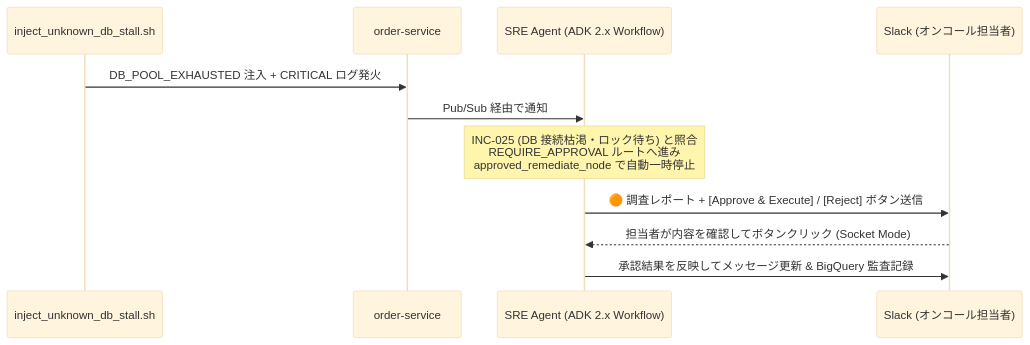
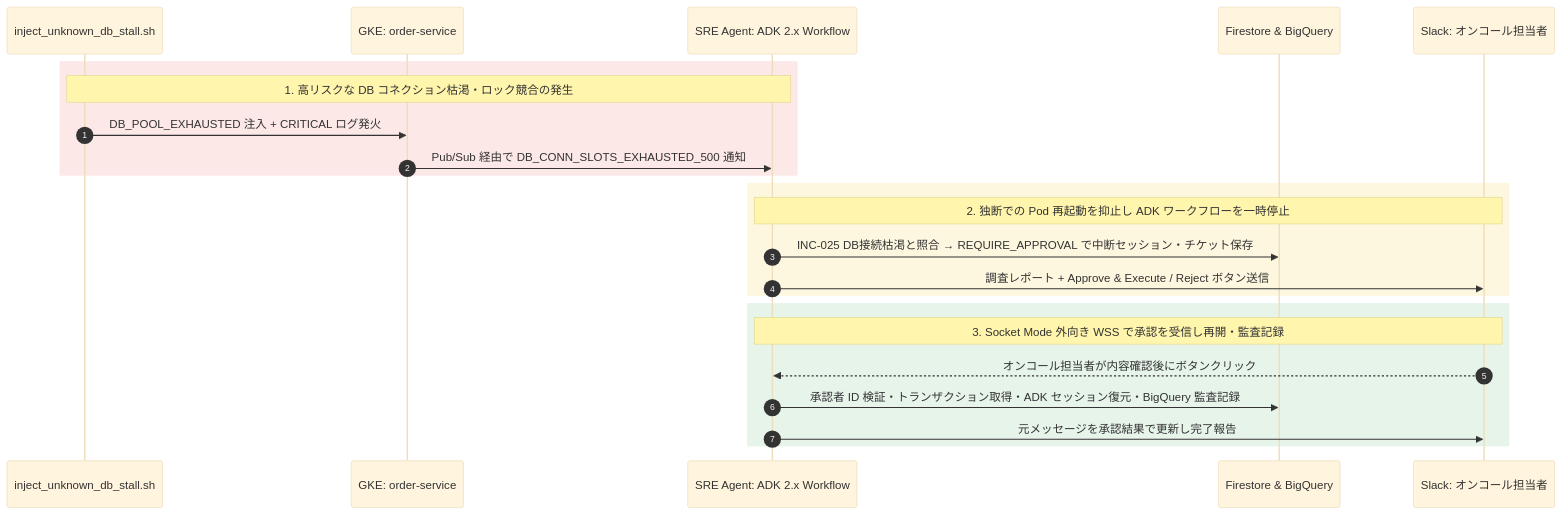
Before and after one commit to tyorikan/agentic-sre-handson: the fourth of 4 diagrams in docs/05-deploy-cloud-run-instance-and-drills.md, drawn with Mermaid (base theme). The commit also changed other lines of this file and 26 other files, not shown here.

Commit message:
docs: プロダクトアイコン付き構成図・シーケンス図 PNG (全19図) の追加と折りたたみ Mermaid 定義の精緻化

````diff
--- a/docs/05-deploy-cloud-run-instance-and-drills.md
+++ b/docs/05-deploy-cloud-run-instance-and-drills.md
@@ -190,14 +252,28 @@
 ```mermaid
 sequenceDiagram
+    autonumber
     participant Script as inject_unknown_db_stall.sh
-    participant GKE as order-service
-    participant Agent as SRE Agent (ADK 2.x Workflow)
-    participant Slack as Slack (オンコール担当者)
+    participant GKE as GKE: order-service
+    participant Agent as SRE Agent: ADK 2.x Workflow
+    participant FS as Firestore & BigQuery
+    participant Slack as Slack: オンコール担当者
 
-    Script->>GKE: DB_POOL_EXHAUSTED 注入 + CRITICAL ログ発火
-    GKE->>Agent: Pub/Sub 経由で通知
-    Note over Agent: INC-025 (DB 接続枯渇・ロック待ち) と照合<br/>REQUIRE_APPROVAL ルートへ進み<br/>approved_remediate_node で自動一時停止
-    Agent->>Slack: 🟠 調査レポート + [Approve & Execute] / [Reject] ボタン送信
-    Slack-->>Agent: 担当者が内容を確認してボタンクリック (Socket Mode)
-    Agent->>Slack: 承認結果を反映してメッセージ更新 & BigQuery 監査記録
+    rect rgb(252, 232, 230)
+        Note over Script,Agent: 1. 高リスクな DB コネクション枯渇・ロック競合の発生
+        Script->>GKE: DB_POOL_EXHAUSTED 注入 + CRITICAL ログ発火
+        GKE->>Agent: Pub/Sub 経由で DB_CONN_SLOTS_EXHAUSTED_500 通知
+    end
+
+    rect rgb(254, 247, 224)
+        Note over Agent,Slack: 2. 独断での Pod 再起動を抑止し ADK ワークフローを一時停止
+        Agent->>FS: INC-025 DB接続枯渇と照合 → REQUIRE_APPROVAL で中断セッション・チケット保存
+        Agent->>Slack: 調査レポート + Approve & Execute / Reject ボタン送信
+    end
+
+    rect rgb(230, 244, 234)
+        Note over Agent,Slack: 3. Socket Mode 外向き WSS で承認を受信し再開・監査記録
+        Slack-->>Agent: オンコール担当者が内容確認後にボタンクリック
+        Agent->>FS: 承認者 ID 検証・トランザクション取得・ADK セッション復元・BigQuery 監査記録
+        Agent->>Slack: 元メッセージを承認結果で更新し完了報告
+    end
 ```
````
